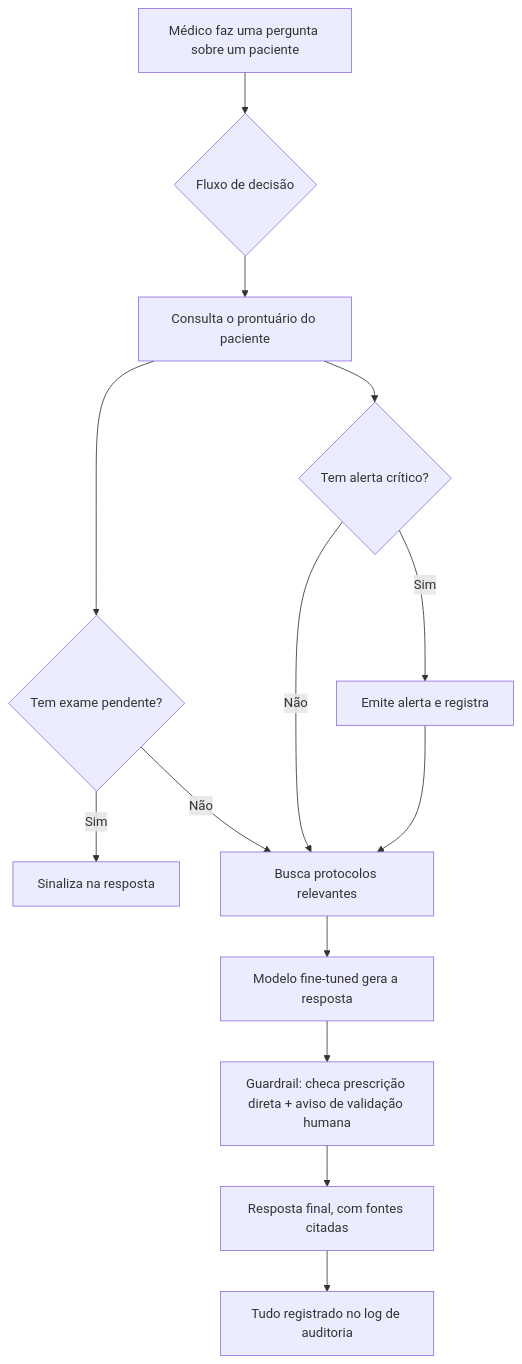
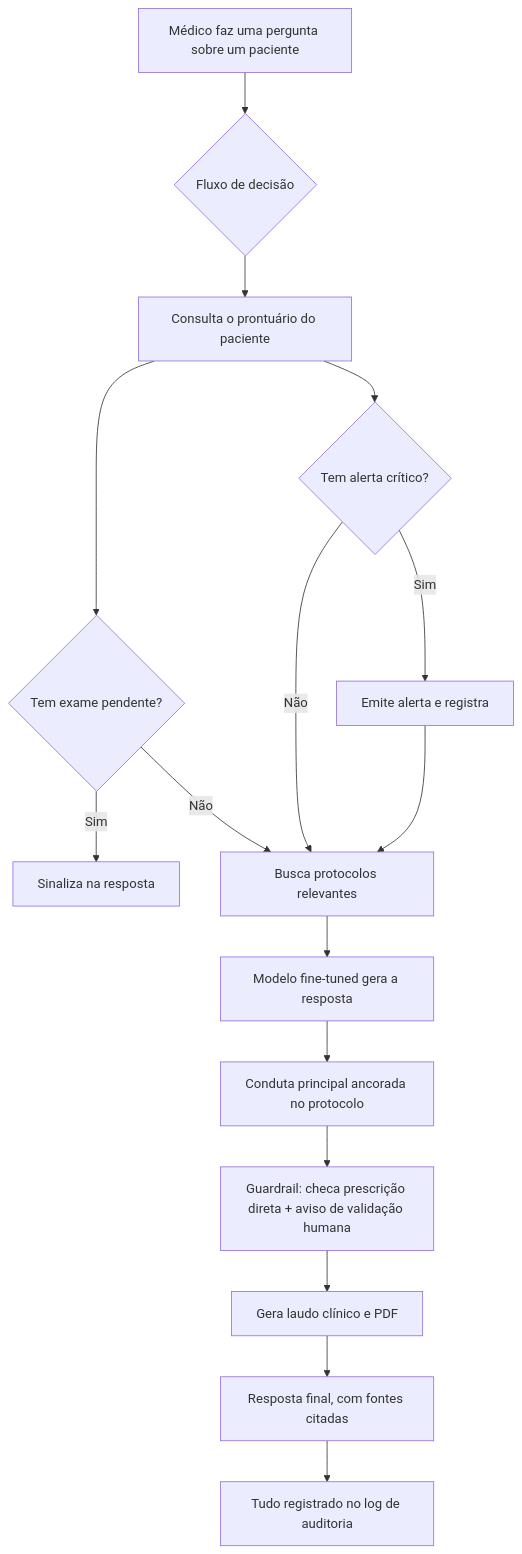
One commit to GFerreira1902/TechChallenge3GFA changed the diagram in docs/relatorio_tecnico.md. Above: the diagram before and after it, drawn with Mermaid. The commit also changed other lines of this file and 2 other files, not shown here.

Commit message:
docs: sincroniza README relatorio e diagrama com o fluxo atual

````diff
--- a/docs/relatorio_tecnico.md
+++ b/docs/relatorio_tecnico.md
@@ -132,16 +141,18 @@
 ```mermaid
 flowchart TD
     A[Médico faz uma pergunta sobre um paciente] --> B{Fluxo de decisão}
     B --> C[Consulta o prontuário do paciente]
     C --> D{Tem exame pendente?}
     D -->|Sim| E[Sinaliza na resposta]
     D -->|Não| F
     C --> G{Tem alerta crítico?}
     G -->|Sim| H[Emite alerta e registra]
     G -->|Não| F[Busca protocolos relevantes]
     H --> F
     F --> I[Modelo fine-tuned gera a resposta]
-    I --> J[Guardrail: checa prescrição direta + aviso de validação humana]
-    J --> K[Resposta final, com fontes citadas]
-    K --> L[Tudo registrado no log de auditoria]
+    I --> J[Conduta principal ancorada no protocolo]
+    J --> K[Guardrail: checa prescrição direta + aviso de validação humana]
+    K --> L[Gera laudo clínico e PDF]
+    L --> M[Resposta final, com fontes citadas]
+    M --> N[Tudo registrado no log de auditoria]
 ```
````
